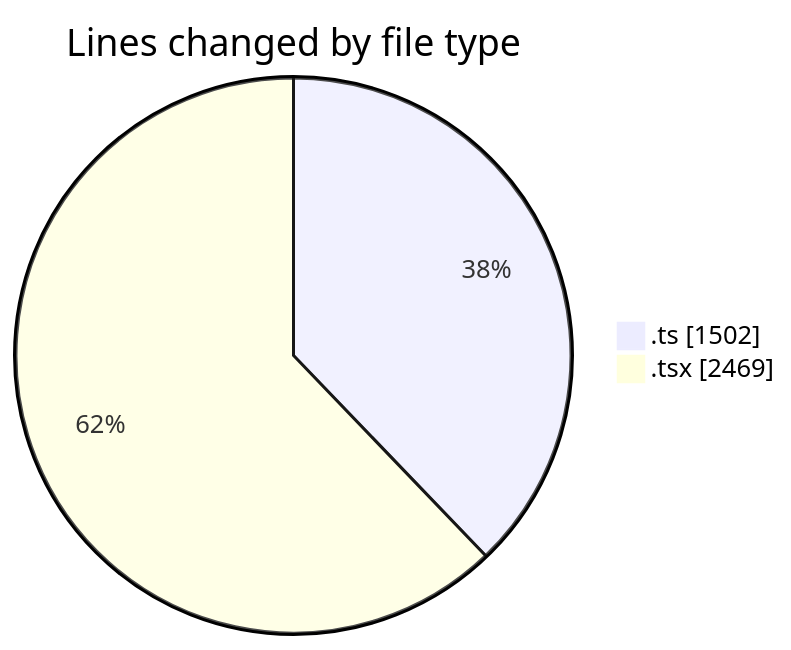
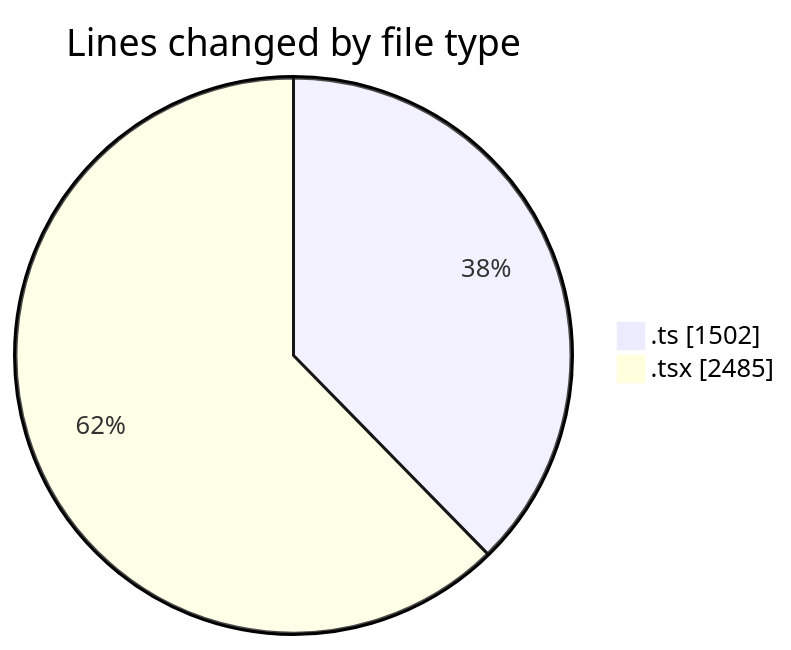
One commit to nxtqubesakshisongat/code-tracking changed the first of 2 diagrams in 2026-03-04/nxtqube_webapp/README.md. Above: the diagram before and after it, drawn with Mermaid. The commit also changed other lines of this file and 1 other file, not shown here.

````diff
--- a/2026-03-04/nxtqube_webapp/README.md
+++ b/2026-03-04/nxtqube_webapp/README.md
@@ -26,6 +26,6 @@
 ```mermaid
 pie showData
 title Lines changed by file type
 ".ts" : 1502
-".tsx" : 2469
+".tsx" : 2485
 ```
````
